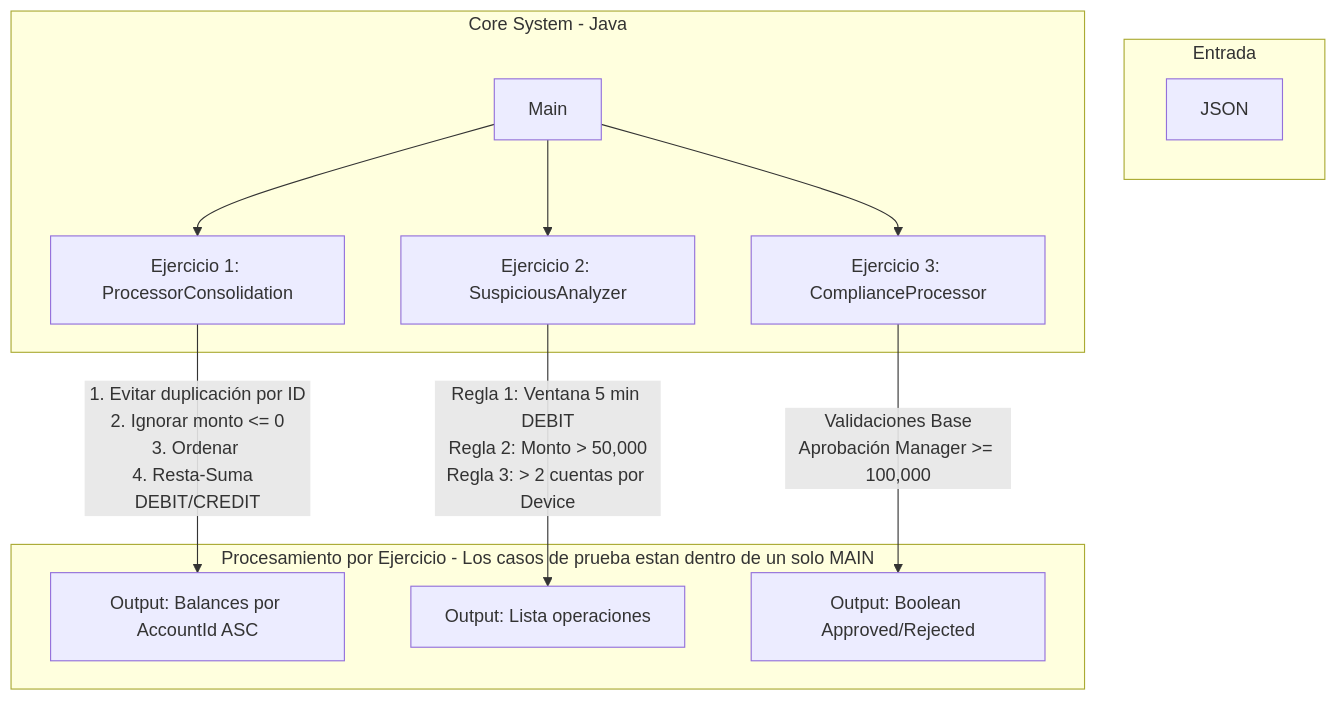
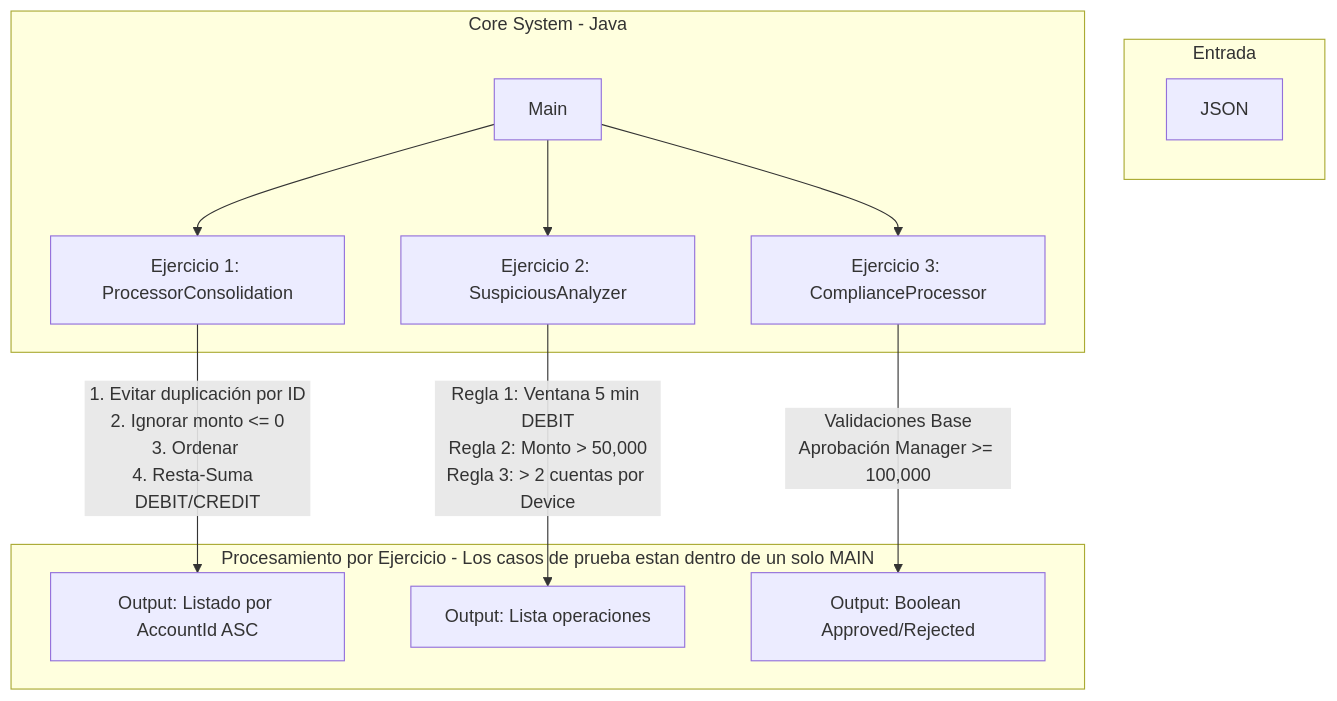
The diagram in README.md (AlfEstbns/Tests), drawn with Mermaid before and after one commit. The commit also changed other lines of this file and 8 other files, not shown here.

````diff
--- a/README.md
+++ b/README.md
@@ -22,18 +25,18 @@
 ```mermaid
 graph TD
     subgraph Entrada
         A[JSON]
     end
 
     subgraph Core System - Java
         B[Main] --> C[Ejercicio 1: ProcessorConsolidation]
         B --> D[Ejercicio 2: SuspiciousAnalyzer]
         B --> E[Ejercicio 3: ComplianceProcessor]
     end
 
     subgraph Procesamiento por Ejercicio - Los casos de prueba estan dentro de un solo MAIN
-        C -->|1. Evitar duplicación por ID<br>2. Ignorar monto <= 0<br>3. Ordenar <br>4. Resta-Suma  DEBIT/CREDIT| C1[Output: Balances por AccountId ASC]
+        C -->|1. Evitar duplicación por ID<br>2. Ignorar monto <= 0<br>3. Ordenar <br>4. Resta-Suma  DEBIT/CREDIT| C1[Output: Listado por AccountId ASC]
         D -->|Regla 1: Ventana 5 min DEBIT<br>Regla 2: Monto > 50,000<br>Regla 3: > 2 cuentas por Device| D1[Output: Lista operaciones]
         E -->|Validaciones Base<br>Aprobación Manager >= 100,000| E1[Output: Boolean Approved/Rejected]
     end
 ```
````
